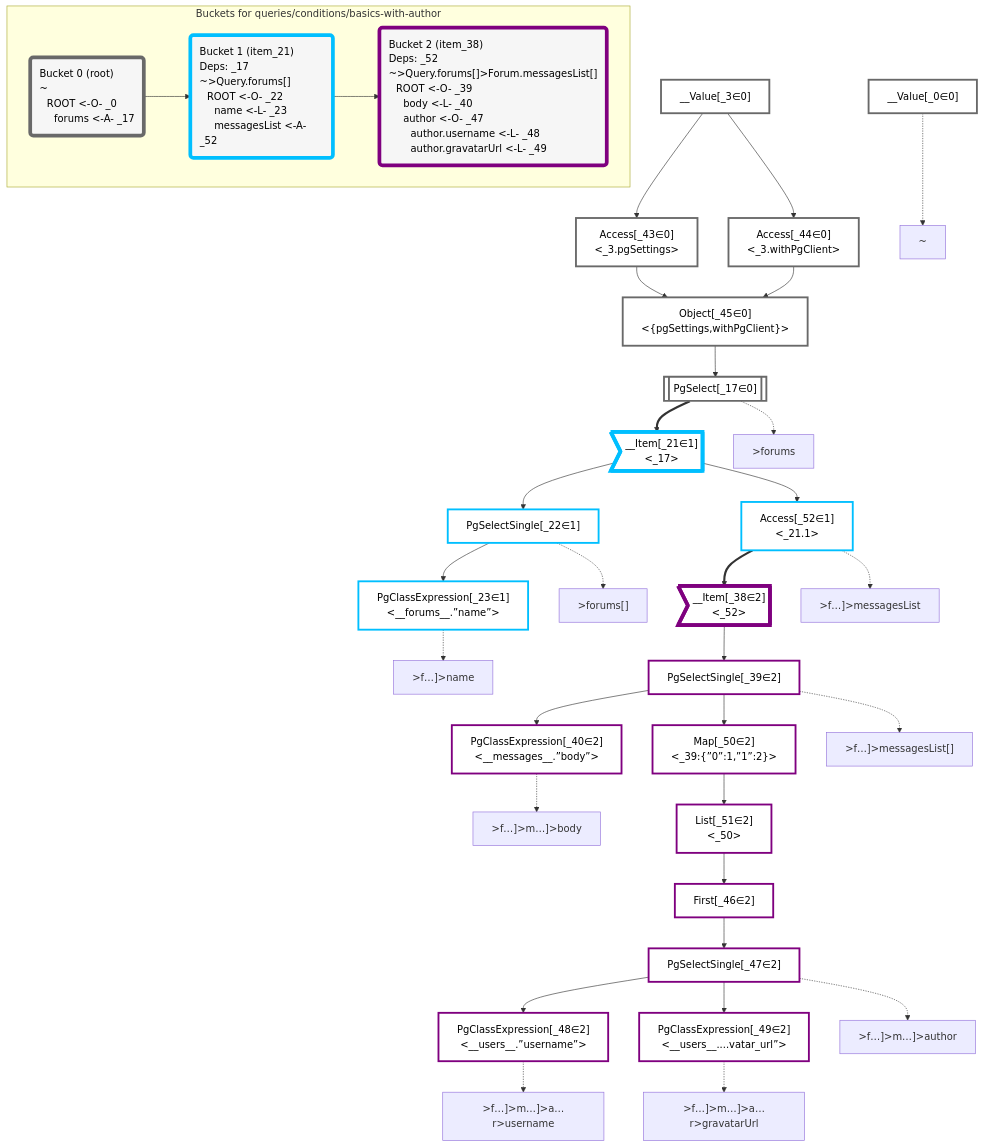
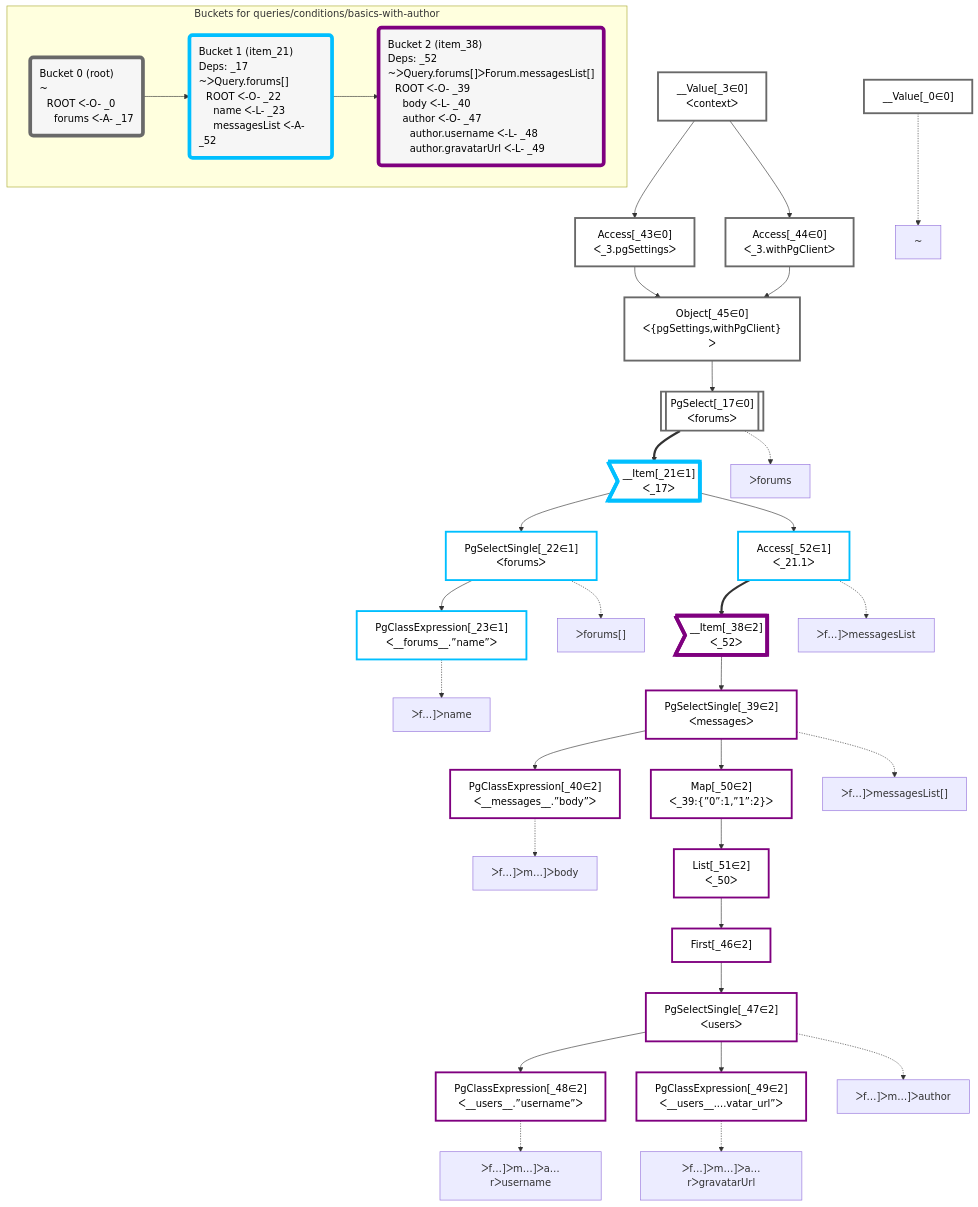
Before and after one commit to graphile/crystal: the diagram in packages/dataplan-pg/__tests__/queries/conditions/basics-with-author.mermaid.md, drawn with Mermaid. The commit also changed 195 other files, not shown here.

```diff
--- a/packages/dataplan-pg/__tests__/queries/conditions/basics-with-author.mermaid.md
+++ b/packages/dataplan-pg/__tests__/queries/conditions/basics-with-author.mermaid.md
@@ -9,24 +9,24 @@
 
     %% define plans
     __Value_0["__Value[_0∈0]"]:::plan
-    __Value_3["__Value[_3∈0]<br /><context>"]:::plan
-    PgSelect_17[["PgSelect[_17∈0]<br /><forums>"]]:::plan
-    __Item_21>"__Item[_21∈1]<br /><_17>"]:::itemplan
-    PgSelectSingle_22["PgSelectSingle[_22∈1]<br /><forums>"]:::plan
-    PgClassExpression_23["PgClassExpression[_23∈1]<br /><__forums__.”name”>"]:::plan
-    __Item_38>"__Item[_38∈2]<br /><_52>"]:::itemplan
-    PgSelectSingle_39["PgSelectSingle[_39∈2]<br /><messages>"]:::plan
-    PgClassExpression_40["PgClassExpression[_40∈2]<br /><__messages__.”body”>"]:::plan
-    Access_43["Access[_43∈0]<br /><_3.pgSettings>"]:::plan
-    Access_44["Access[_44∈0]<br /><_3.withPgClient>"]:::plan
-    Object_45["Object[_45∈0]<br /><{pgSettings,withPgClient}>"]:::plan
+    __Value_3["__Value[_3∈0]<br />ᐸcontextᐳ"]:::plan
+    PgSelect_17[["PgSelect[_17∈0]<br />ᐸforumsᐳ"]]:::plan
+    __Item_21>"__Item[_21∈1]<br />ᐸ_17ᐳ"]:::itemplan
+    PgSelectSingle_22["PgSelectSingle[_22∈1]<br />ᐸforumsᐳ"]:::plan
+    PgClassExpression_23["PgClassExpression[_23∈1]<br />ᐸ__forums__.”name”ᐳ"]:::plan
+    __Item_38>"__Item[_38∈2]<br />ᐸ_52ᐳ"]:::itemplan
+    PgSelectSingle_39["PgSelectSingle[_39∈2]<br />ᐸmessagesᐳ"]:::plan
+    PgClassExpression_40["PgClassExpression[_40∈2]<br />ᐸ__messages__.”body”ᐳ"]:::plan
+    Access_43["Access[_43∈0]<br />ᐸ_3.pgSettingsᐳ"]:::plan
+    Access_44["Access[_44∈0]<br />ᐸ_3.withPgClientᐳ"]:::plan
+    Object_45["Object[_45∈0]<br />ᐸ{pgSettings,withPgClient}ᐳ"]:::plan
     First_46["First[_46∈2]"]:::plan
-    PgSelectSingle_47["PgSelectSingle[_47∈2]<br /><users>"]:::plan
-    PgClassExpression_48["PgClassExpression[_48∈2]<br /><__users__.”username”>"]:::plan
-    PgClassExpression_49["PgClassExpression[_49∈2]<br /><__users__....vatar_url”>"]:::plan
-    Map_50["Map[_50∈2]<br /><_39:{”0”:1,”1”:2}>"]:::plan
-    List_51["List[_51∈2]<br /><_50>"]:::plan
-    Access_52["Access[_52∈1]<br /><_21.1>"]:::plan
+    PgSelectSingle_47["PgSelectSingle[_47∈2]<br />ᐸusersᐳ"]:::plan
+    PgClassExpression_48["PgClassExpression[_48∈2]<br />ᐸ__users__.”username”ᐳ"]:::plan
+    PgClassExpression_49["PgClassExpression[_49∈2]<br />ᐸ__users__....vatar_url”ᐳ"]:::plan
+    Map_50["Map[_50∈2]<br />ᐸ_39:{”0”:1,”1”:2}ᐳ"]:::plan
+    List_51["List[_51∈2]<br />ᐸ_50ᐳ"]:::plan
+    Access_52["Access[_52∈1]<br />ᐸ_21.1ᐳ"]:::plan
 
     %% plan dependencies
     Object_45 --> PgSelect_17
@@ -51,23 +51,23 @@
     %% plan-to-path relationships
     P_0["~"]
     __Value_0 -.-> P_0
-    P_17[">forums"]
+    P_17["ᐳforums"]
     PgSelect_17 -.-> P_17
-    P_22[">forums[]"]
+    P_22["ᐳforums[]"]
     PgSelectSingle_22 -.-> P_22
-    P_23[">f…]>name"]
+    P_23["ᐳf…]ᐳname"]
     PgClassExpression_23 -.-> P_23
-    P_39[">f…]>messagesList[]"]
+    P_39["ᐳf…]ᐳmessagesList[]"]
     PgSelectSingle_39 -.-> P_39
-    P_40[">f…]>m…]>body"]
+    P_40["ᐳf…]ᐳm…]ᐳbody"]
     PgClassExpression_40 -.-> P_40
-    P_47[">f…]>m…]>author"]
+    P_47["ᐳf…]ᐳm…]ᐳauthor"]
     PgSelectSingle_47 -.-> P_47
-    P_48[">f…]>m…]>a…r>username"]
+    P_48["ᐳf…]ᐳm…]ᐳa…rᐳusername"]
     PgClassExpression_48 -.-> P_48
-    P_49[">f…]>m…]>a…r>gravatarUrl"]
+    P_49["ᐳf…]ᐳm…]ᐳa…rᐳgravatarUrl"]
     PgClassExpression_49 -.-> P_49
-    P_52[">f…]>messagesList"]
+    P_52["ᐳf…]ᐳmessagesList"]
     Access_52 -.-> P_52
 
     %% allocate buckets
@@ -79,12 +79,12 @@
     class __Item_38,PgSelectSingle_39,PgClassExpression_40,First_46,PgSelectSingle_47,PgClassExpression_48,PgClassExpression_49,Map_50,List_51 bucket2
 
     subgraph "Buckets for queries/conditions/basics-with-author"
-    Bucket0("Bucket 0 (root)<br />~<br />⠀ROOT <-O- _0<br />⠀⠀forums <-A- _17"):::bucket
+    Bucket0("Bucket 0 (root)<br />~<br />⠀ROOT ᐸ-O- _0<br />⠀⠀forums ᐸ-A- _17"):::bucket
     style Bucket0 stroke:#696969
-    Bucket1("Bucket 1 (item_21)<br />Deps: _17<br />~>Query.forums[]<br />⠀ROOT <-O- _22<br />⠀⠀name <-L- _23<br />⠀⠀messagesList <-A- _52"):::bucket
+    Bucket1("Bucket 1 (item_21)<br />Deps: _17<br />~ᐳQuery.forums[]<br />⠀ROOT ᐸ-O- _22<br />⠀⠀name ᐸ-L- _23<br />⠀⠀messagesList ᐸ-A- _52"):::bucket
     style Bucket1 stroke:#00bfff
     Bucket0 --> Bucket1
-    Bucket2("Bucket 2 (item_38)<br />Deps: _52<br />~>Query.forums[]>Forum.messagesList[]<br />⠀ROOT <-O- _39<br />⠀⠀body <-L- _40<br />⠀⠀author <-O- _47<br />⠀⠀⠀author.username <-L- _48<br />⠀⠀⠀author.gravatarUrl <-L- _49"):::bucket
+    Bucket2("Bucket 2 (item_38)<br />Deps: _52<br />~ᐳQuery.forums[]ᐳForum.messagesList[]<br />⠀ROOT ᐸ-O- _39<br />⠀⠀body ᐸ-L- _40<br />⠀⠀author ᐸ-O- _47<br />⠀⠀⠀author.username ᐸ-L- _48<br />⠀⠀⠀author.gravatarUrl ᐸ-L- _49"):::bucket
     style Bucket2 stroke:#7f007f
     Bucket1 --> Bucket2
     end
```
